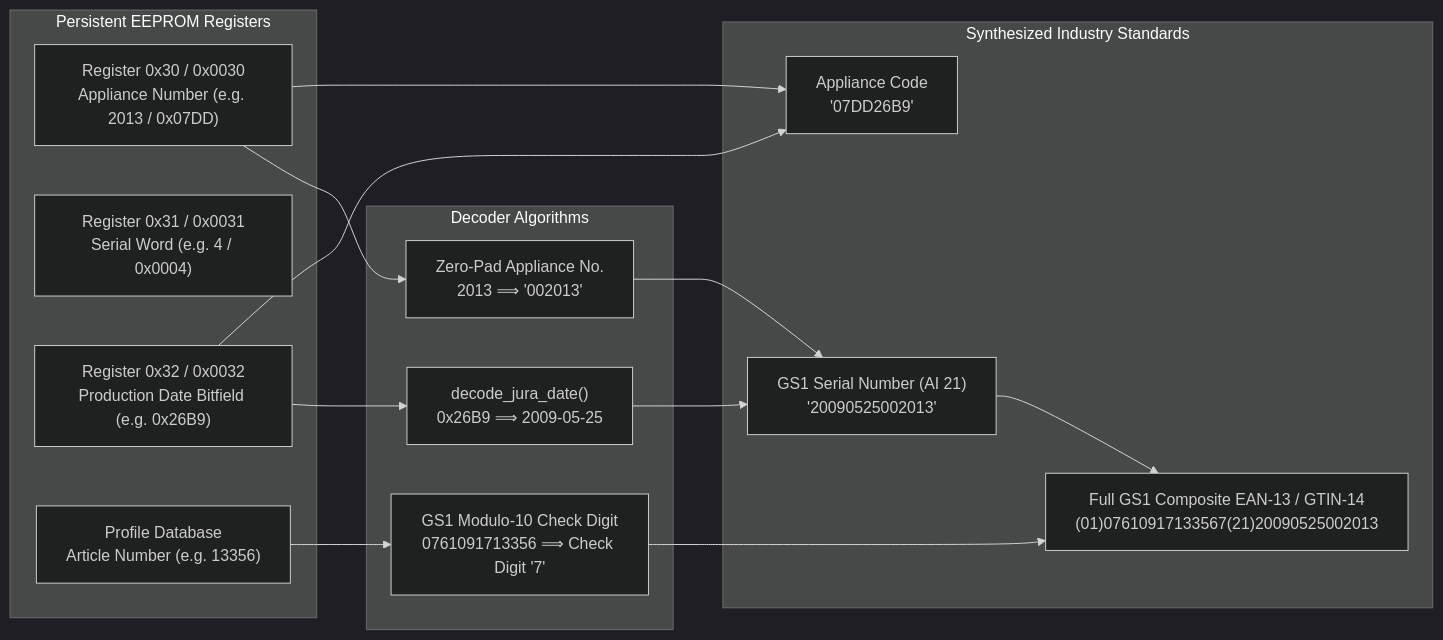
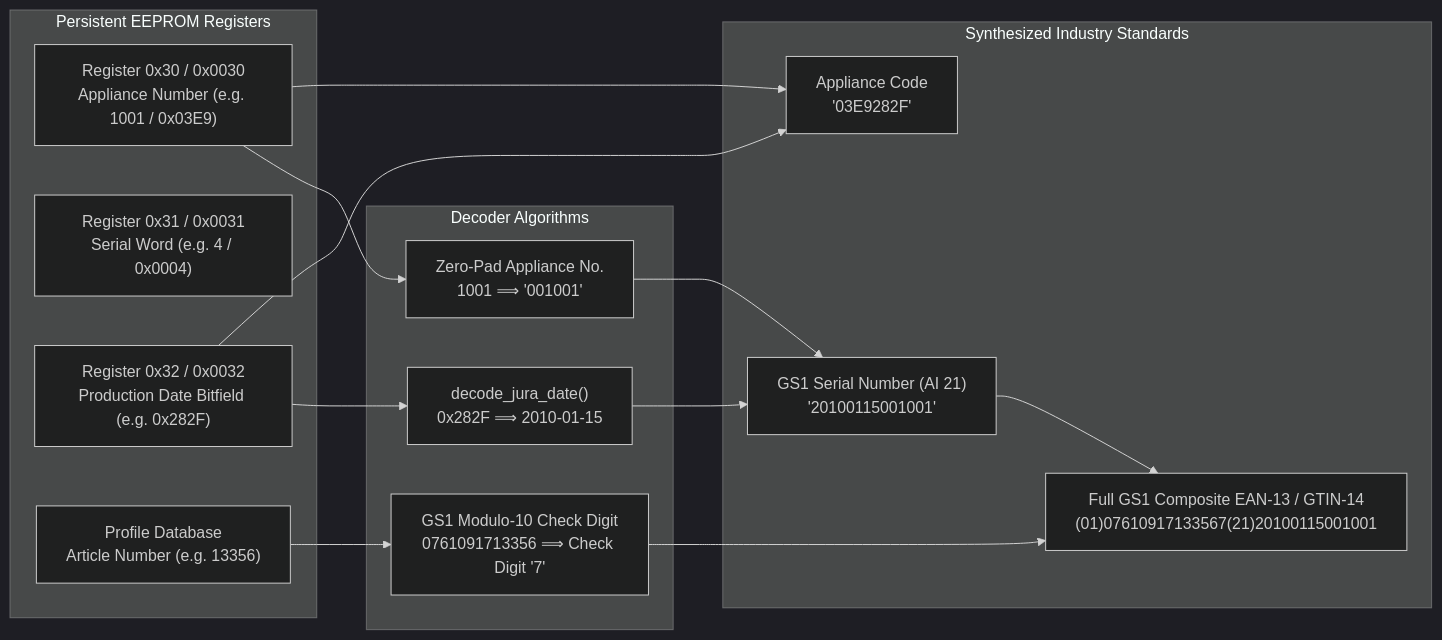
The third of 4 diagrams in docs/architecture/04_DATA_FLOWS_AND_STATE_MACHINES.md (Pr0xyA-91/spectra), drawn with Mermaid (dark theme) before and after one commit. The commit also changed 85 other files, not shown here.

````diff
--- a/docs/architecture/04_DATA_FLOWS_AND_STATE_MACHINES.md
+++ b/docs/architecture/04_DATA_FLOWS_AND_STATE_MACHINES.md
@@ -96,33 +96,33 @@
 ```mermaid
 flowchart LR
     subgraph EEPROM["Persistent EEPROM Registers"]
-        R30["Register 0x30 / 0x0030<br/>Appliance Number (e.g. 2013 / 0x07DD)"]
+        R30["Register 0x30 / 0x0030<br/>Appliance Number (e.g. 1001 / 0x03E9)"]
         R31["Register 0x31 / 0x0031<br/>Serial Word (e.g. 4 / 0x0004)"]
-        R32["Register 0x32 / 0x0032<br/>Production Date Bitfield (e.g. 0x26B9)"]
+        R32["Register 0x32 / 0x0032<br/>Production Date Bitfield (e.g. 0x282F)"]
         RART["Profile Database<br/>Article Number (e.g. 13356)"]
     end
 
     subgraph Decoding["Decoder Algorithms"]
-        DDATE["decode_jura_date()<br/>0x26B9 ⟹ 2009-05-25"]
-        DAPP["Zero-Pad Appliance No.<br/>2013 ⟹ '002013'"]
+        DDATE["decode_jura_date()<br/>0x282F ⟹ 2010-01-15"]
+        DAPP["Zero-Pad Appliance No.<br/>1001 ⟹ '001001'"]
         DEAN["GS1 Modulo-10 Check Digit<br/>0761091713356 ⟹ Check Digit '7'"]
     end
 
     subgraph Identifiers["Synthesized Industry Standards"]
-        SN["GS1 Serial Number (AI 21)<br/>'20090525002013'"]
-        AC["Appliance Code<br/>'07DD26B9'"]
-        EAN["Full GS1 Composite EAN-13 / GTIN-14<br/>(01)07610917133567(21)20090525002013"]
+        SN["GS1 Serial Number (AI 21)<br/>'20100115001001'"]
+        AC["Appliance Code<br/>'03E9282F'"]
+        EAN["Full GS1 Composite EAN-13 / GTIN-14<br/>(01)07610917133567(21)20100115001001"]
     end
 
     R32 --> DDATE
     R30 --> DAPP
     DDATE --> SN
     DAPP --> SN
     
     R30 --> AC
     R32 --> AC
 
     RART --> DEAN
     DEAN --> EAN
     SN --> EAN
 ```
````
